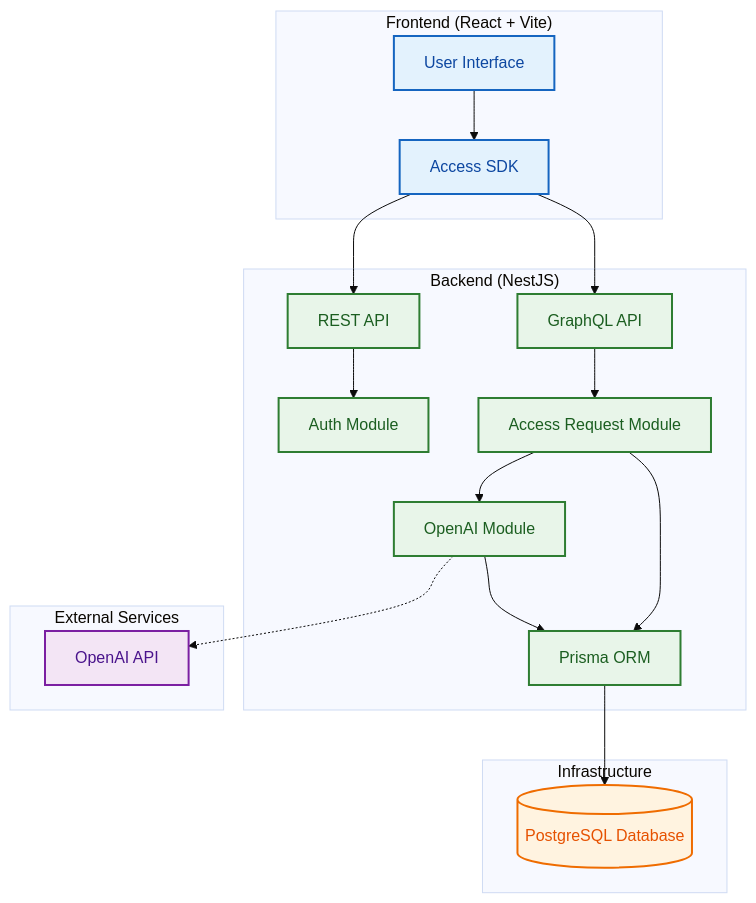
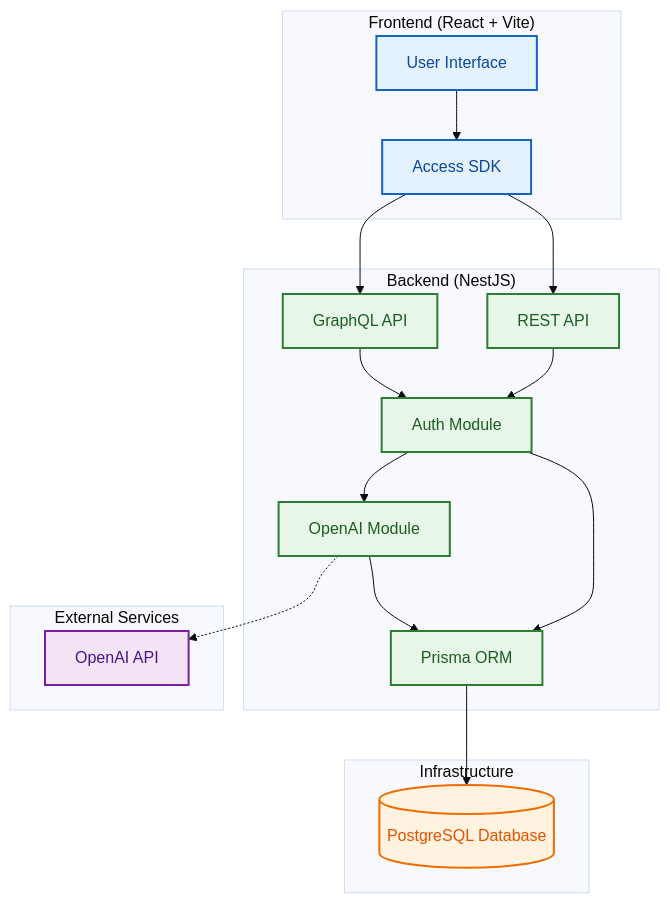
One commit to GuySimai/access-request-system changed the first of 2 diagrams in README.md. Above: the diagram before and after it, drawn with Mermaid (base theme). The commit also changed other lines of this file, not shown here.

````diff
--- a/README.md
+++ b/README.md
@@ -7,42 +7,41 @@
 ```mermaid
 graph TD
     %% Styling
     classDef frontend fill:#e3f2fd,stroke:#1565c0,stroke-width:2px,color:#0d47a1
     classDef backend fill:#e8f5e9,stroke:#2e7d32,stroke-width:2px,color:#1b5e20
     classDef infra fill:#fff3e0,stroke:#ef6c00,stroke-width:2px,color:#e65100
     classDef external fill:#f3e5f5,stroke:#7b1fa2,stroke-width:2px,color:#4a148c
 
     subgraph "Frontend (React + Vite)"
         UI[User Interface]:::frontend
         SDK[Access SDK]:::frontend
         UI --> SDK
     end
 
     subgraph "Backend (NestJS)"
         API[REST API]:::backend
         GQL[GraphQL API]:::backend
         Auth[Auth Module]:::backend
-        ARM[Access Request Module]:::backend
         OAI[OpenAI Module]:::backend
         Prisma[Prisma ORM]:::backend
 
         SDK --> API
         SDK --> GQL
         API --> Auth
-        GQL --> ARM
-        ARM --> OAI
-        ARM --> Prisma
+        GQL --> Auth
+        Auth --> OAI
+        Auth --> Prisma
         OAI --> Prisma
     end
 
     subgraph "Infrastructure"
         DB[(PostgreSQL Database)]:::infra
 
         Prisma --> DB
     end
 
     subgraph "External Services"
         OpenAIAPI[OpenAI API]:::external
         OAI -.-> OpenAIAPI
     end
 ```
````
